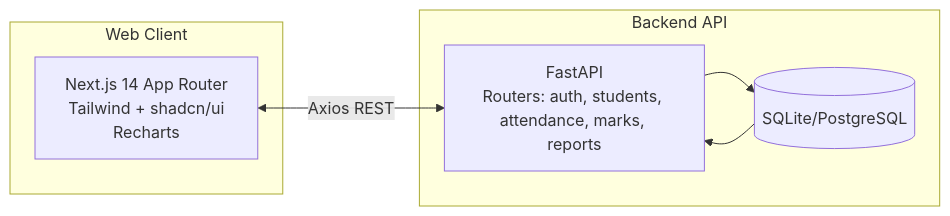
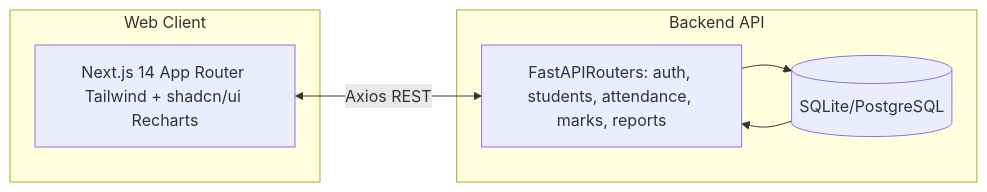
The diagram in README.md (Nuu-maan/EduTrack), drawn with Mermaid before and after one commit.

````diff
--- a/README.md
+++ b/README.md
@@ -30,15 +30,15 @@
 ```mermaid
 flowchart LR
   subgraph Client[Web Client]
-    UI[Next.js 14 App Router\nTailwind + shadcn/ui\nRecharts]
+    UI[Next.js 14 App Router Tailwind + shadcn/ui Recharts]
   end
 
   subgraph Server[Backend API]
-    API[FastAPI\nRouters: auth, students, attendance, marks, reports]
+    API[FastAPIRouters: auth, students, attendance, marks, reports]
     DB[(SQLite/PostgreSQL)]
   end
 
   UI <-->|Axios REST| API
   API --> DB
   DB --> API
 ```
````
